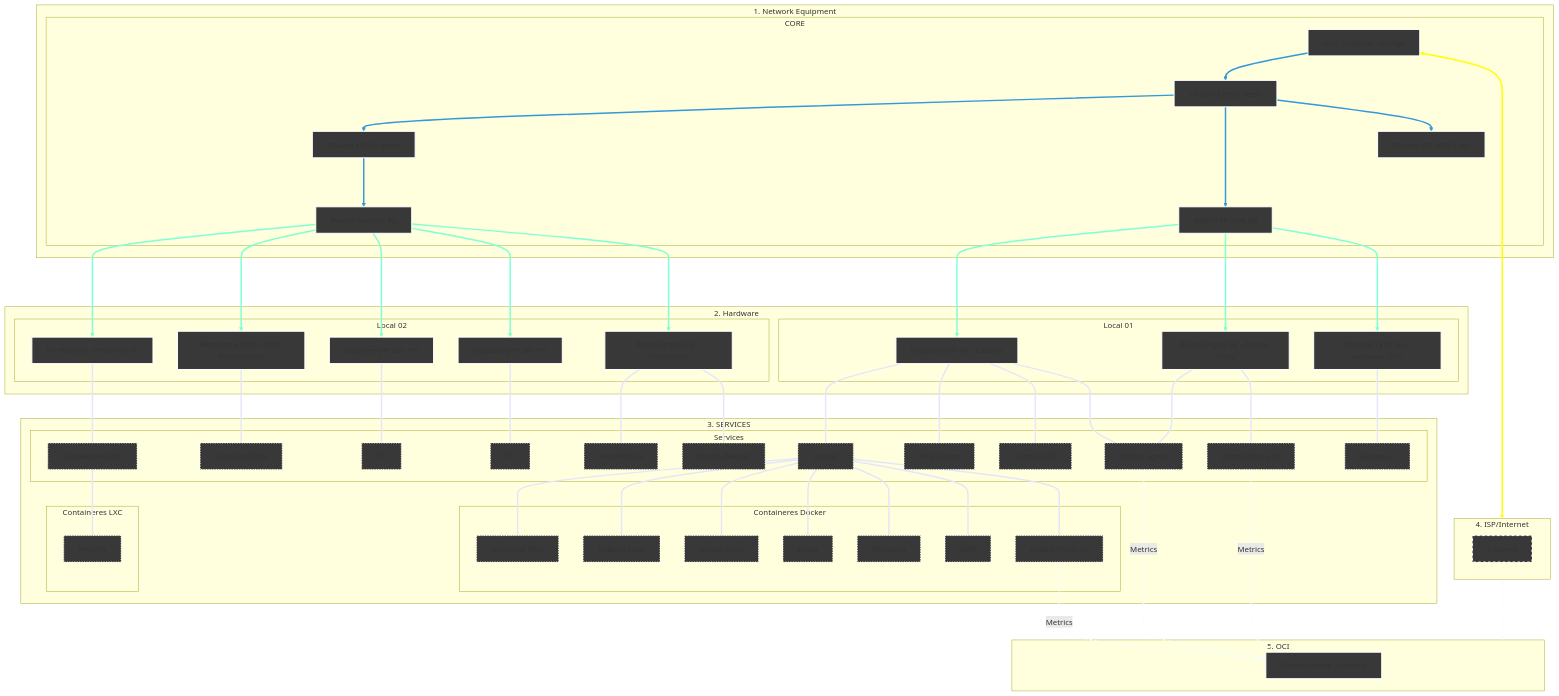
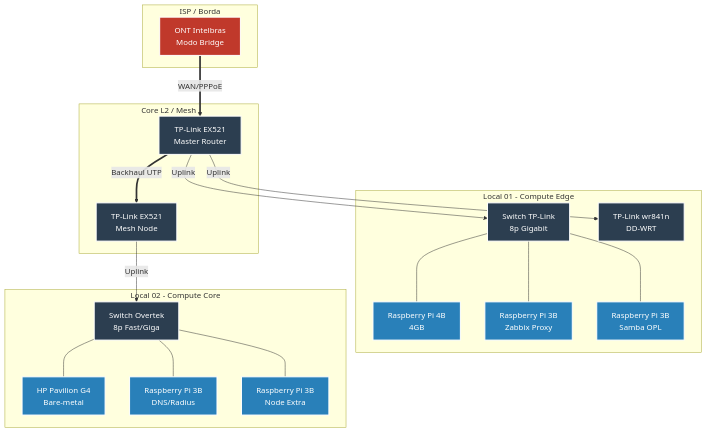
Before and after one commit to kevindexter22/Dr-Hardware-Autonet: the diagram in Infrastructure/README.md, drawn with Mermaid. The commit also changed other lines of this file, not shown here.

Commit message:
Revise infrastructure diagram and topology details
Updated the architecture diagram in the README to reflect changes in network equipment and services.

````diff
--- a/Infrastructure/README.md
+++ b/Infrastructure/README.md
@@ -13,95 +16,48 @@
 ```mermaid
+
 graph TD
-    %% Styles
-    classDef network fill:#383838,stroke:#FFFFFF,stroke-width:2px;
-    classDef hardware fill:#383838,stroke:#FFFFFF,stroke-width:2px;
-    classDef internet fill:#383838,stroke:#FFFFFF,stroke-width:2px,stroke-dasharray: 5 5;
-    classDef services fill:#383838,stroke:#FFFFFF,stroke-width:2px, stroke-dasharray: 2 3;
-    classDef oci fill:#383838,stroke:#FFFFFF,stroke-width:2px;
-
-    %% 1. NETWORK EQUIPMENT
-    subgraph Principal["1. Network Equipment"]
-    subgraph S1 [CORE]
-        ONT[ONT Intelbras - Bridge]:::network --> R_Mesh1[TP-Link EX521 Mesh]:::network
-        R_Mesh1 --> R_Mesh2[TP-Link EX521 Mesh]:::network
-        R_Mesh1 --> SW1[Switch TP-Link 8p]:::network
-        R_Mesh1 --> R_Cams[TP-Link DD-WRT Cam]:::network
-        R_Mesh2 ---> SW2[Switch Overtek 8p]:::network  
-    end
-    end
+    %% Classes de Estilo L1/L2
+    classDef firewall fill:#c0392b,stroke:#FFFFFF,stroke-width:2px,color:#fff;
+    classDef network fill:#2c3e50,stroke:#FFFFFF,stroke-width:2px,color:#fff;
+    classDef compute fill:#2980b9,stroke:#FFFFFF,stroke-width:2px,color:#fff;
     
-    %% 2. HARDWARE
-    subgraph Principal02["2. Hardware"]
-    subgraph S2 [Local 01]
-        SW1 ---> RPi4B[Raspberry Pi 4B - CasaOS]:::hardware
-        SW1 ---> RPi3B_2[Raspberry Pi 3B - Zabbix Proxy]:::hardware
-        SW1 ---> RPi3B_1[Raspberry Pi 3B - Arquivos_OPL]:::hardware
-    end
-    subgraph S3 [Local 02]
-        SW2 ---> HP[HP Pavilion - Proxmox VE]:::hardware
-        SW2 ---> RPi3B_4[Raspberry Pi 3B - DNS Redundância]:::hardware
-        SW2 ---> RPi3B_5[Raspberry Pi 3B - ???]:::hardware
-        SW2 ---> RPi3B_6[Raspberry Pi 3B - ???]:::hardware
-        SW2 ---> RPi3B_3[Raspberry Pi 3B - FreeRadius]:::hardware
-    end
+    subgraph WAN [ISP / Borda]
+        ONT[ONT Intelbras <br/>Modo Bridge]:::firewall
     end
 
-    %% 3. SERVICES
-    subgraph Principal03["3. SERVICES"]
-    subgraph S4 [Services];
-        HP --- PVE[Containeres LXC]:::services
-        RPi3B_4 --- UNB2[Unbound DNS]:::services
-        RPi3B_5 --- 01[???]:::services
-        RPi3B_6 --- 02[???]:::services
-        RPi3B_3 --- FreeRAD[FreeRADIUS]:::services
-        RPi3B_3 --- BDMSQL[MySQL Master]:::services
-        RPi4B --- Docker[Docker]:::services     
-        RPi4B --- VPN[VPN Server]:::services
-        RPi4B --- SMB2[Samba v2/3]:::services
-        RPi4B --- ZA[Zabbix Agent]:::services
-        RPi3B_2 --- ZA[Zabbix Agent]:::services
-        RPi3B_2 --- ZP01[Zabbix Proxy 01]:::services
-        RPi3B_1 --- SMB1[Samba v1]:::services
-    end
-    subgraph S5 [Containeres LXC];
-        PVE --- FIPA[FreeIPA]:::services
-    end
-    subgraph S6 [Containeres Docker];
-        Docker --- UNB[Unbound DNS]:::services
-        Docker --- TRILLIUM[Trillium Note]:::services
-        Docker --- SIYUAN[SiYuan Note]:::services
-        Docker --- EMBY[Emby]:::services
-        Docker --- MSPEED[MySpeed]:::services
-        Docker --- N8N[N8N]:::services
-        Docker --- ZP02[Zabbix Proxy 02]:::services
-    end
+    subgraph CORE [Core L2 / Mesh]
+        R_Mesh1[TP-Link EX521<br/>Master Router]:::network
+        R_Mesh2[TP-Link EX521<br/>Mesh Node]:::network
+        
+        ONT ==>|WAN/PPPoE| R_Mesh1
+        R_Mesh1 ==>|Backhaul UTP| R_Mesh2
     end
 
-    %% 4. Internet (The Bridge)
-    subgraph S7 [4. ISP/Internet]
-           internet[Internet]:::internet
+    subgraph LOC_01 [Local 01 - Compute Edge]
+        SW1[Switch TP-Link<br/>8p Gigabit]:::network
+        R_Cams[TP-Link wr841n<br/>DD-WRT]:::network
+        RPi4B[Raspberry Pi 4B<br/>4GB]:::compute
+        RPi3B_1[Raspberry Pi 3B<br/>Zabbix Proxy]:::compute
+        RPi3B_2[Raspberry Pi 3B<br/>Samba OPL]:::compute
+
+        R_Mesh1 -->|Uplink| SW1
+        R_Mesh1 -->|Uplink| R_Cams
+        SW1 --- RPi4B
+        SW1 --- RPi3B_1
+        SW1 --- RPi3B_2
     end
 
-    %% 5. Oracle Cloud Infrastructure
-    subgraph S8 [5. OCI]
-        ZS[Zabbix Server - Grafana]:::oci
+    subgraph LOC_02 [Local 02 - Compute Core]
+        SW2[Switch Overtek<br/>8p Fast/Giga]:::network
+        HP[HP Pavilion G4<br/>Bare-metal]:::compute
+        RPi3B_3[Raspberry Pi 3B<br/>DNS/Radius]:::compute
+        RPi3B_4[Raspberry Pi 3B<br/>Node Extra]:::compute
+
+        R_Mesh2 -->|Uplink| SW2
+        SW2 --- HP
+        SW2 --- RPi3B_3
+        SW2 --- RPi3B_4
     end
 
-    %% Conections of data flow
-    ONT <--> S7
-    S7 <--> S8
-    
-    %% Logical conections
-    ZA -.-> |Metrics| ZS
-    ZP01 -.-> |Metrics| ZS 
-    ZP02 -.-> |Metrics| ZS
-
-    %% --- Set collor on conections ---
-    
-    linkStyle 0,1,2,3,4 stroke:#3498db,stroke-width:3px;
-    linkStyle 5,6,7,8,9,10,11,12 stroke:#7FFFD4,stroke-width:3px;
-    linkStyle 13,14,15,16,17,18,19,20,21,22,23,24,25,26,27,28,29,30,31,32,33 stroke:#E6E6FA,stroke-width:3px;
-    linkStyle 34 stroke:#FFFF00,stroke-width:3px;
-    linkStyle 35,36,37,38 stroke:#F5FFFA,stroke-width:3px,stroke-dasharray: 5 5;
 
 ```
````
